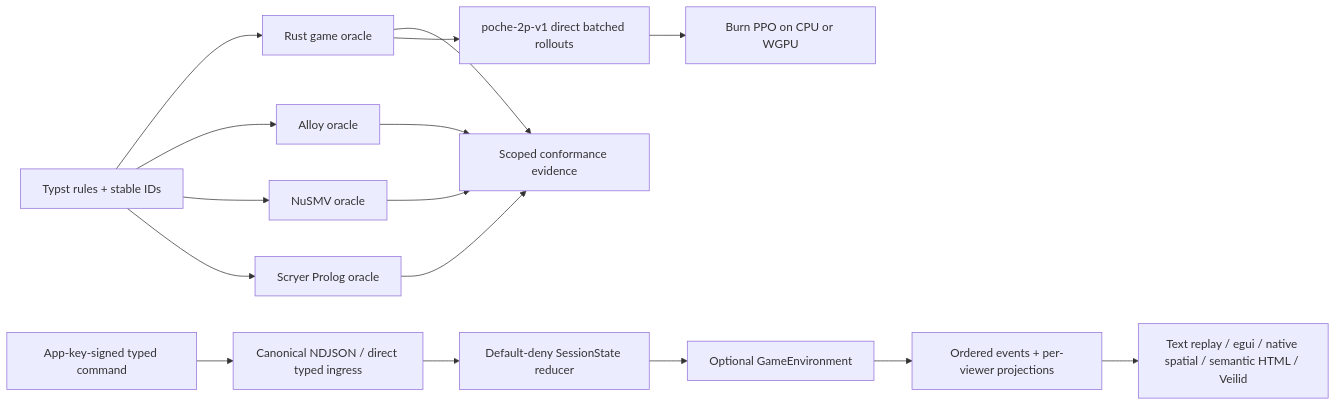
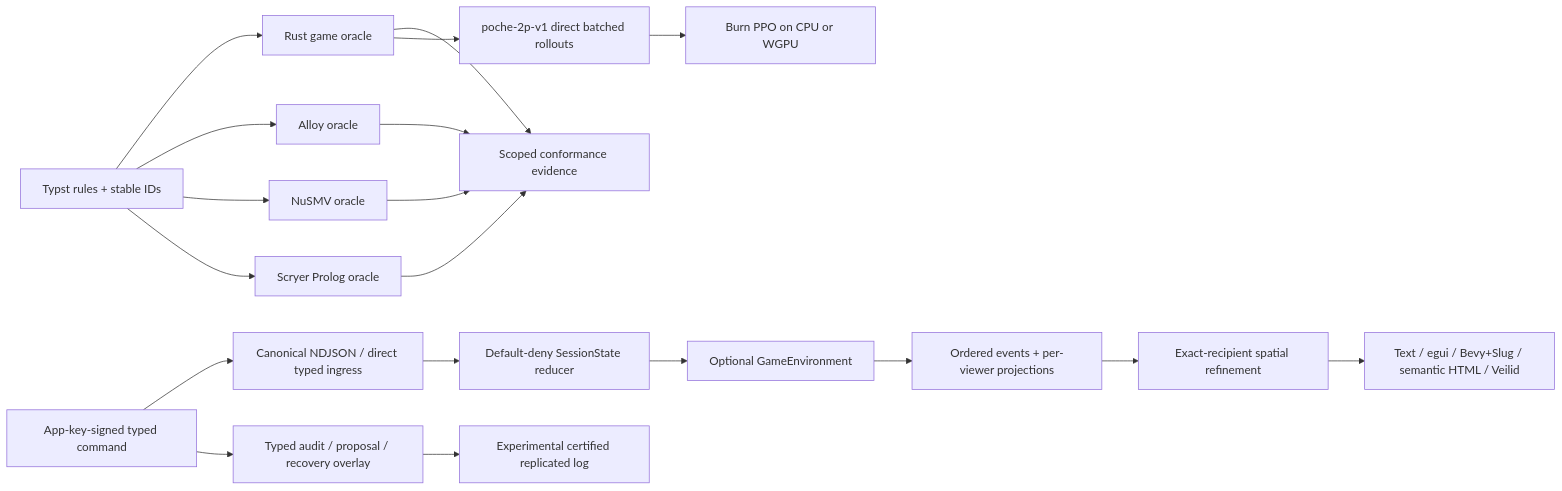
One commit to TeamDman/Poche changed the diagram in README.md. Above: the diagram before and after it, drawn with Mermaid. The commit also changed other lines of this file and 11 other files, not shown here.

Commit message:
Publish phase three architecture status

````diff
--- a/README.md
+++ b/README.md
@@ -50,20 +57,24 @@
 ```mermaid
 flowchart LR
   rules["Typst rules + stable IDs"] --> rust["Rust game oracle"]
   rules --> alloy["Alloy oracle"]
   rules --> nusmv["NuSMV oracle"]
   rules --> prolog["Scryer Prolog oracle"]
   rust --> compare["Scoped conformance evidence"]
   alloy --> compare
   nusmv --> compare
   prolog --> compare
 
   command["App-key-signed typed command"] --> codec["Canonical NDJSON / direct typed ingress"]
   codec --> session["Default-deny SessionState reducer"]
   session --> game["Optional GameEnvironment"]
   game --> events["Ordered events + per-viewer projections"]
-  events --> clients["Text replay / egui / native spatial / semantic HTML / Veilid"]
+  events --> spatial["Exact-recipient spatial refinement"]
+  spatial --> clients["Text / egui / Bevy+Slug / semantic HTML / Veilid"]
+
+  command --> governance["Typed audit / proposal / recovery overlay"]
+  governance --> replicated["Experimental certified replicated log"]
 
   rust --> rl["poche-2p-v1 direct batched rollouts"]
   rl --> burn["Burn PPO on CPU or WGPU"]
 ```
````
